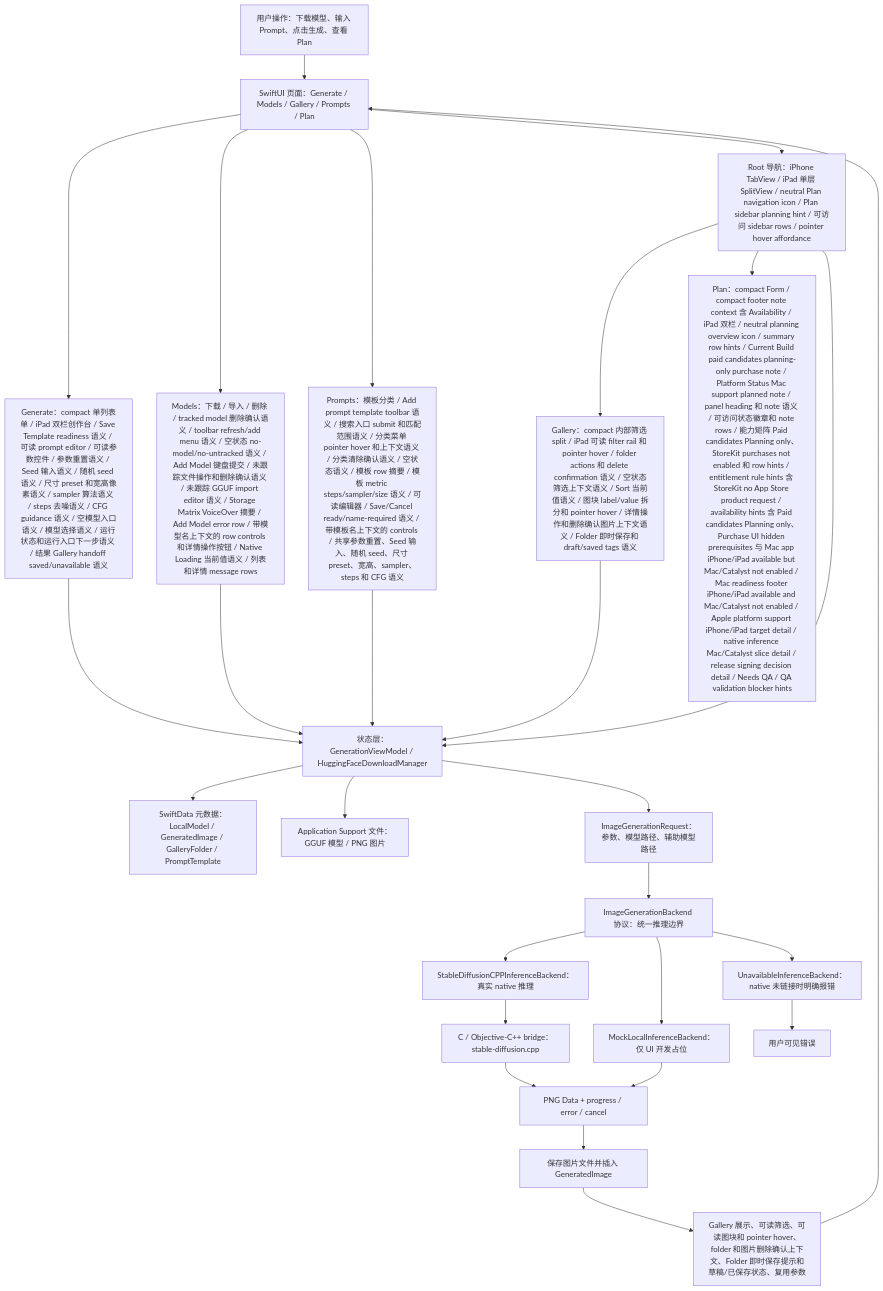
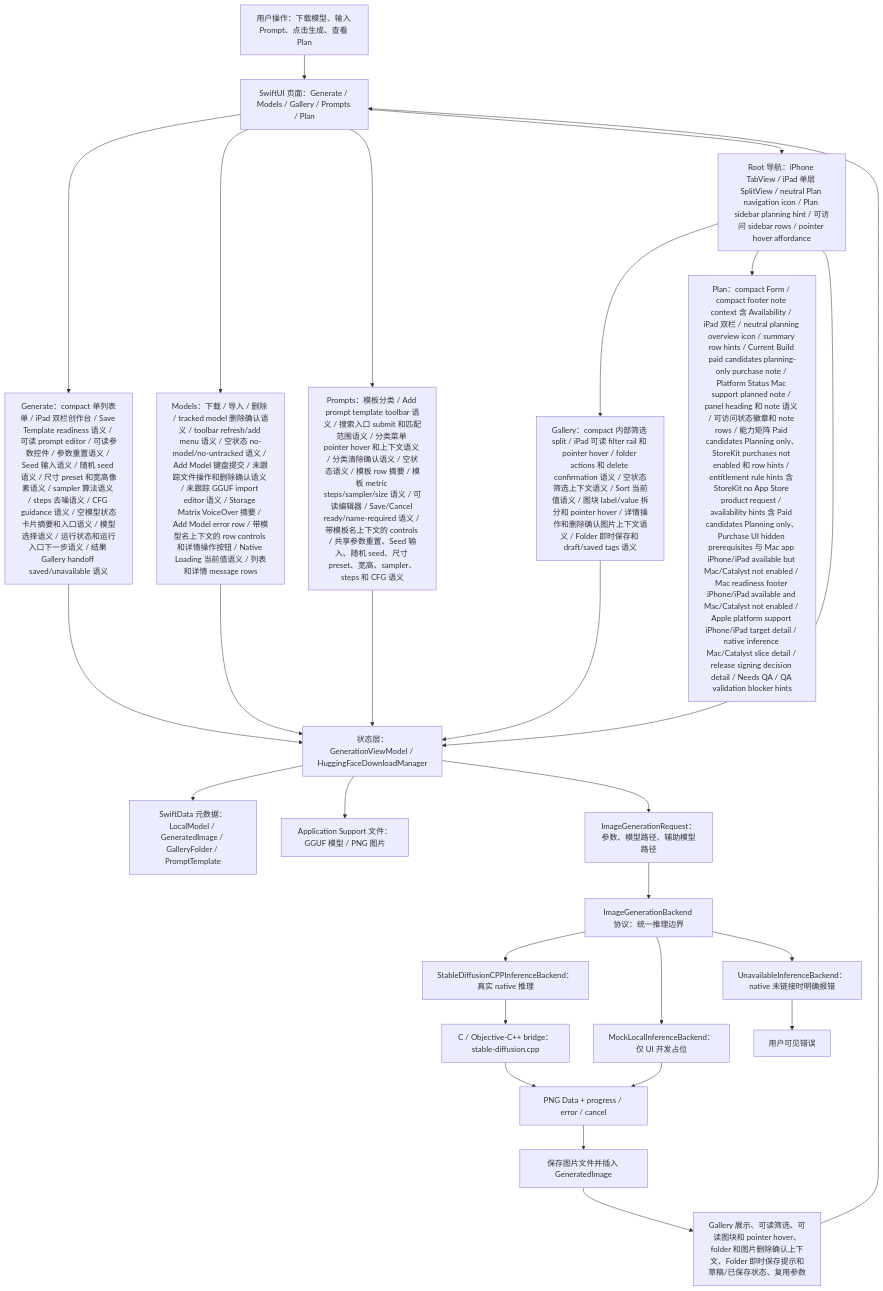
Before and after one commit to Altman-sam114/118: the first of 7 diagrams in md/flow/flowchart.md, drawn with Mermaid. The commit also changed 5 other files, not shown here.

````diff
--- a/md/flow/flowchart.md
+++ b/md/flow/flowchart.md
@@ -9,29 +9,29 @@
 ```mermaid
 flowchart TD
   U["用户操作：下载模型、输入 Prompt、点击生成、查看 Plan"] --> UI["SwiftUI 页面：Generate / Models / Gallery / Prompts / Plan"]
-  UI --> GENUI["Generate：compact 单列表单 / iPad 双栏创作台 / Save Template readiness 语义 / 可读 prompt editor / 可读参数控件 / 参数重置语义 / Seed 输入语义 / 随机 seed 语义 / 尺寸 preset 和宽高像素语义 / sampler 算法语义 / steps 去噪语义 / CFG guidance 语义 / 空模型入口语义 / 模型选择语义 / 运行状态和运行入口下一步语义 / 结果 Gallery handoff saved/unavailable 语义"]
+  UI --> GENUI["Generate：compact 单列表单 / iPad 双栏创作台 / Save Template readiness 语义 / 可读 prompt editor / 可读参数控件 / 参数重置语义 / Seed 输入语义 / 随机 seed 语义 / 尺寸 preset 和宽高像素语义 / sampler 算法语义 / steps 去噪语义 / CFG guidance 语义 / 空模型状态卡片摘要和入口语义 / 模型选择语义 / 运行状态和运行入口下一步语义 / 结果 Gallery handoff saved/unavailable 语义"]
   UI --> MODELUI["Models：下载 / 导入 / 删除 / tracked model 删除确认语义 / toolbar refresh/add menu 语义 / 空状态 no-model/no-untracked 语义 / Add Model 键盘提交 / 未跟踪文件操作和删除确认语义 / 未跟踪 GGUF import editor 语义 / Storage Matrix VoiceOver 摘要 / Add Model error row / 带模型名上下文的 row controls 和详情操作按钮 / Native Loading 当前值语义 / 列表和详情 message rows"]
   UI --> PROMPTUI["Prompts：模板分类 / Add prompt template toolbar 语义 / 搜索入口 submit 和匹配范围语义 / 分类菜单 pointer hover 和上下文语义 / 分类清除确认语义 / 空状态语义 / 模板 row 摘要 / 模板 metric steps/sampler/size 语义 / 可读编辑器 / Save/Cancel ready/name-required 语义 / 带模板名上下文的 controls / 共享参数重置、Seed 输入、随机 seed、尺寸 preset、宽高、sampler、steps 和 CFG 语义"]
   UI --> NAV["Root 导航：iPhone TabView / iPad 单层 SplitView / neutral Plan navigation icon / Plan sidebar planning hint / 可访问 sidebar rows / pointer hover affordance"]
   NAV --> GALUI["Gallery：compact 内部筛选 split / iPad 可读 filter rail 和 pointer hover / folder actions 和 delete confirmation 语义 / 空状态筛选上下文语义 / Sort 当前值语义 / 图块 label/value 拆分和 pointer hover / 详情操作和删除确认图片上下文语义 / Folder 即时保存和 draft/saved tags 语义"]
   NAV --> PLANUI["Plan：compact Form / compact footer note context 含 Availability / iPad 双栏 / neutral planning overview icon / summary row hints / Current Build paid candidates planning-only purchase note / Platform Status Mac support planned note / panel heading 和 note 语义 / 可访问状态徽章和 note rows / 能力矩阵 Paid candidates Planning only、StoreKit purchases not enabled 和 row hints / entitlement rule hints 含 StoreKit no App Store product request / availability hints 含 Paid candidates Planning only、Purchase UI hidden prerequisites 与 Mac app iPhone/iPad available but Mac/Catalyst not enabled / Mac readiness footer iPhone/iPad available and Mac/Catalyst not enabled / Apple platform support iPhone/iPad target detail / native inference Mac/Catalyst slice detail / release signing decision detail / Needs QA / QA validation blocker hints"]
   NAV --> VM["状态层：GenerationViewModel / HuggingFaceDownloadManager"]
   GENUI --> VM
   MODELUI --> VM
   PROMPTUI --> VM
   GALUI --> VM
   VM --> SD["SwiftData 元数据：LocalModel / GeneratedImage / GalleryFolder / PromptTemplate"]
   VM --> FS["Application Support 文件：GGUF 模型 / PNG 图片"]
   VM --> REQ["ImageGenerationRequest：参数、模型路径、辅助模型路径"]
   REQ --> IFACE["ImageGenerationBackend 协议：统一推理边界"]
   IFACE --> NATIVE["StableDiffusionCPPInferenceBackend：真实 native 推理"]
   IFACE --> MOCK["MockLocalInferenceBackend：仅 UI 开发占位"]
   IFACE --> OFF["UnavailableInferenceBackend：native 未链接时明确报错"]
   NATIVE --> BRIDGE["C / Objective-C++ bridge：stable-diffusion.cpp"]
   BRIDGE --> PNG["PNG Data + progress / error / cancel"]
   MOCK --> PNG
   OFF --> ERR["用户可见错误"]
   PNG --> SAVE["保存图片文件并插入 GeneratedImage"]
   SAVE --> GALLERY["Gallery 展示、可读筛选、可读图块和 pointer hover、folder 和图片删除确认上下文、Folder 即时保存提示和草稿/已保存状态、复用参数"]
   GALLERY --> UI
 ```
````
